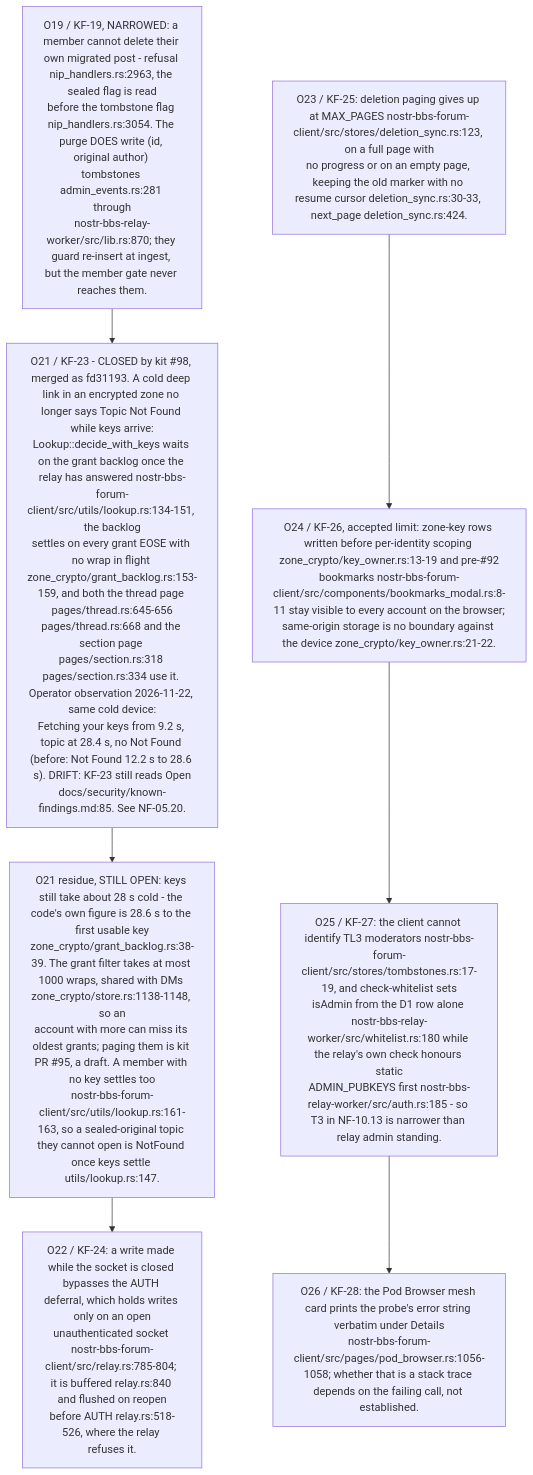
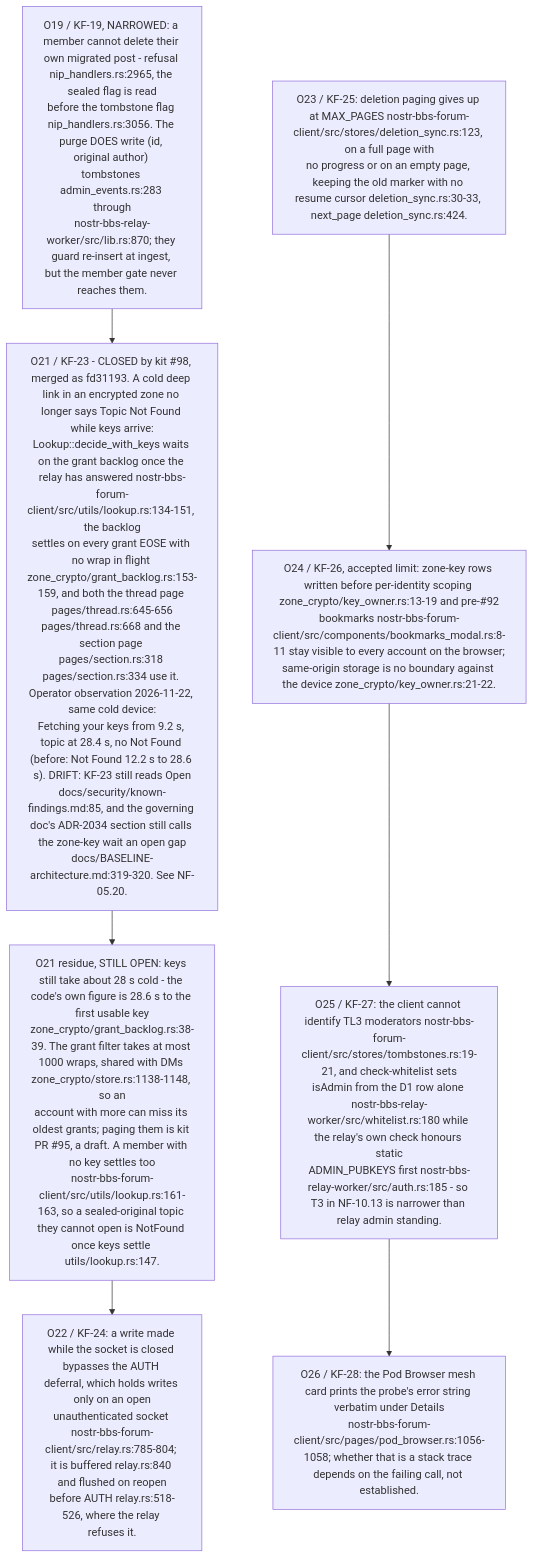
Diagram 13 of 15 in docs/diagrams/nostr-rust-forum/10-invariants-and-anomaly-register.md (DreamLab-AI/VisionFlow), drawn with Mermaid before and after one commit. The commit also changed other lines of this file and 11 other files, not shown here.

````diff
--- a/docs/diagrams/nostr-rust-forum/10-invariants-and-anomaly-register.md
+++ b/docs/diagrams/nostr-rust-forum/10-invariants-and-anomaly-register.md
@@ -333,13 +333,13 @@
 ```mermaid
 flowchart TB
-    O19["O19 / KF-19, NARROWED: a member cannot delete their own migrated post - refusal nip_handlers.rs:2963, the sealed flag is read<br/>before the tombstone flag nip_handlers.rs:3054. The purge DOES write (id, original author) tombstones admin_events.rs:281 through<br/>nostr-bbs-relay-worker/src/lib.rs:870; they guard re-insert at ingest, but the member gate never reaches them."]
-    O21["O21 / KF-23 - CLOSED by kit #98, merged as fd31193. A cold deep link in an encrypted zone no longer says Topic Not Found while keys arrive:<br/>Lookup::decide_with_keys waits on the grant backlog once the relay has answered nostr-bbs-forum-client/src/utils/lookup.rs:134-151, the backlog<br/>settles on every grant EOSE with no wrap in flight zone_crypto/grant_backlog.rs:153-159, and both the thread page pages/thread.rs:645-656<br/>pages/thread.rs:668 and the section page pages/section.rs:318 pages/section.rs:334 use it. Operator observation 2026-11-22, same cold device:<br/>Fetching your keys from 9.2 s, topic at 28.4 s, no Not Found (before: Not Found 12.2 s to 28.6 s). DRIFT: KF-23 still reads Open<br/>docs/security/known-findings.md:85. See NF-05.20."]
+    O19["O19 / KF-19, NARROWED: a member cannot delete their own migrated post - refusal nip_handlers.rs:2965, the sealed flag is read<br/>before the tombstone flag nip_handlers.rs:3056. The purge DOES write (id, original author) tombstones admin_events.rs:283 through<br/>nostr-bbs-relay-worker/src/lib.rs:870; they guard re-insert at ingest, but the member gate never reaches them."]
+    O21["O21 / KF-23 - CLOSED by kit #98, merged as fd31193. A cold deep link in an encrypted zone no longer says Topic Not Found while keys arrive:<br/>Lookup::decide_with_keys waits on the grant backlog once the relay has answered nostr-bbs-forum-client/src/utils/lookup.rs:134-151, the backlog<br/>settles on every grant EOSE with no wrap in flight zone_crypto/grant_backlog.rs:153-159, and both the thread page pages/thread.rs:645-656<br/>pages/thread.rs:668 and the section page pages/section.rs:318 pages/section.rs:334 use it. Operator observation 2026-11-22, same cold device:<br/>Fetching your keys from 9.2 s, topic at 28.4 s, no Not Found (before: Not Found 12.2 s to 28.6 s). DRIFT: KF-23 still reads Open<br/>docs/security/known-findings.md:85, and the governing doc's ADR-2034 section still calls the zone-key wait an open gap<br/>docs/BASELINE-architecture.md:319-320. See NF-05.20."]
     O21r["O21 residue, STILL OPEN: keys still take about 28 s cold - the code's own figure is 28.6 s to the first usable key<br/>zone_crypto/grant_backlog.rs:38-39. The grant filter takes at most 1000 wraps, shared with DMs zone_crypto/store.rs:1138-1148, so an<br/>account with more can miss its oldest grants; paging them is kit PR #95, a draft. A member with no key settles too<br/>nostr-bbs-forum-client/src/utils/lookup.rs:161-163, so a sealed-original topic they cannot open is NotFound once keys settle utils/lookup.rs:147."]
     O22["O22 / KF-24: a write made while the socket is closed bypasses the AUTH deferral, which holds writes only on an open<br/>unauthenticated socket nostr-bbs-forum-client/src/relay.rs:785-804; it is buffered relay.rs:840 and flushed on reopen<br/>before AUTH relay.rs:518-526, where the relay refuses it."]
     O23["O23 / KF-25: deletion paging gives up at MAX_PAGES nostr-bbs-forum-client/src/stores/deletion_sync.rs:123, on a full page with<br/>no progress or on an empty page, keeping the old marker with no resume cursor deletion_sync.rs:30-33, next_page deletion_sync.rs:424."]
     O24["O24 / KF-26, accepted limit: zone-key rows written before per-identity scoping zone_crypto/key_owner.rs:13-19 and pre-#92<br/>bookmarks nostr-bbs-forum-client/src/components/bookmarks_modal.rs:8-11 stay visible to every account on the browser;<br/>same-origin storage is no boundary against the device zone_crypto/key_owner.rs:21-22."]
-    O25["O25 / KF-27: the client cannot identify TL3 moderators nostr-bbs-forum-client/src/stores/tombstones.rs:17-19, and check-whitelist sets<br/>isAdmin from the D1 row alone nostr-bbs-relay-worker/src/whitelist.rs:180 while the relay's own check honours static<br/>ADMIN_PUBKEYS first nostr-bbs-relay-worker/src/auth.rs:185 - so T3 in NF-10.13 is narrower than relay admin standing."]
+    O25["O25 / KF-27: the client cannot identify TL3 moderators nostr-bbs-forum-client/src/stores/tombstones.rs:19-21, and check-whitelist sets<br/>isAdmin from the D1 row alone nostr-bbs-relay-worker/src/whitelist.rs:180 while the relay's own check honours static<br/>ADMIN_PUBKEYS first nostr-bbs-relay-worker/src/auth.rs:185 - so T3 in NF-10.13 is narrower than relay admin standing."]
     O26["O26 / KF-28: the Pod Browser mesh card prints the probe's error string verbatim under Details<br/>nostr-bbs-forum-client/src/pages/pod_browser.rs:1056-1058; whether that is a stack trace depends on the failing call, not established."]
     O19 --> O21 --> O21r --> O22
     O23 --> O24 --> O25 --> O26
 ```
````
